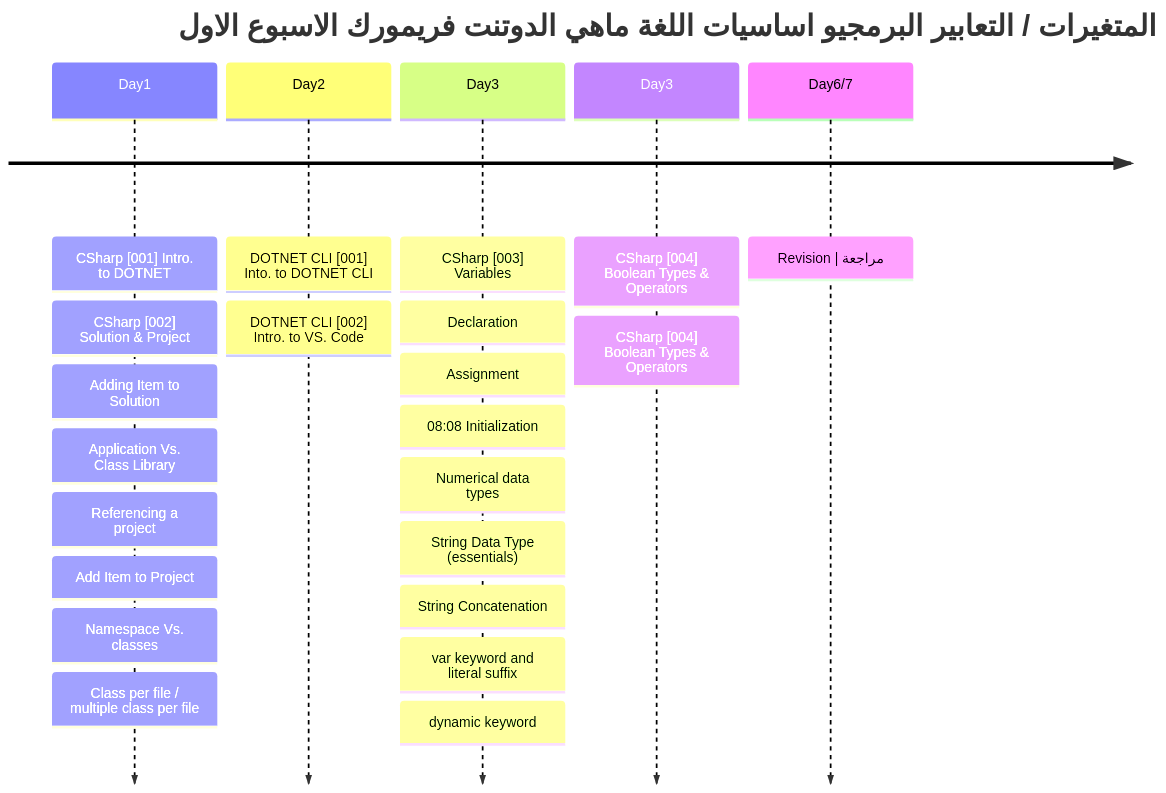
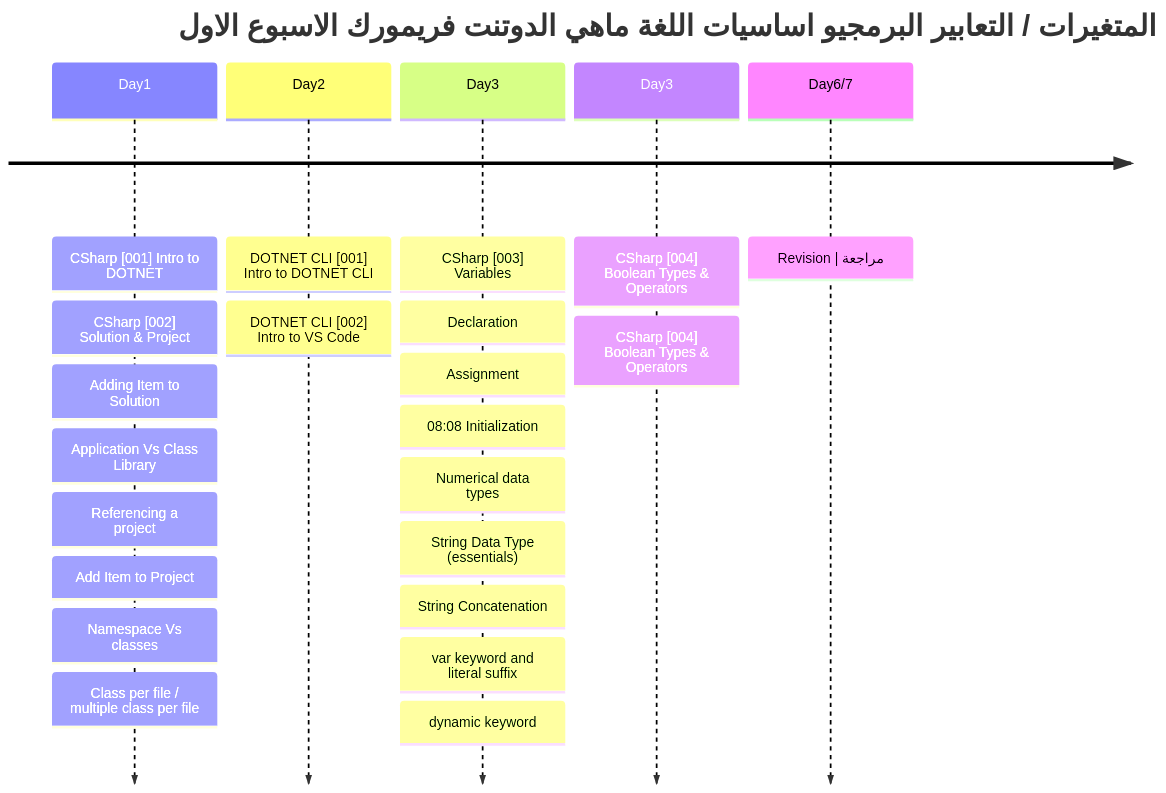
The first of 3 diagrams in README.md (metigator/Roadmap), drawn with Mermaid before and after one commit.

````diff
--- a/README.md
+++ b/README.md
@@ -1,26 +1,26 @@
 ```mermaid
 timeline
     title  المتغيرات / التعابير البرمجيو اساسيات اللغة ماهي الدوتنت فريمورك  الاسبوع الاول
-    Day1 : CSharp [001] Intro. to DOTNET
+    Day1 : CSharp [001] Intro to DOTNET
          : CSharp [002] Solution & Project
          : Adding Item to Solution
-         : Application Vs. Class Library
+         : Application Vs Class Library
          : Referencing a project
          : Add Item to Project
-         : Namespace Vs. classes
+         : Namespace Vs classes
          : Class per file / multiple class per file
-    Day2 : DOTNET CLI [001] Into. to DOTNET CLI
-         : DOTNET CLI [002] Intro. to VS. Code
+    Day2 : DOTNET CLI [001] Intro to DOTNET CLI
+         : DOTNET CLI [002] Intro to VS Code
     Day3 : CSharp [003] Variables 
          : Declaration
          : Assignment
          : 08:08 Initialization
          : Numerical data types
          : String Data Type (essentials)
          : String Concatenation
          : var keyword and literal suffix
          : dynamic keyword
     Day3 : CSharp [004] Boolean Types & Operators
          : CSharp [004] Boolean Types & Operators
   Day6/7 : Revision | مراجعة 
 ```
````
